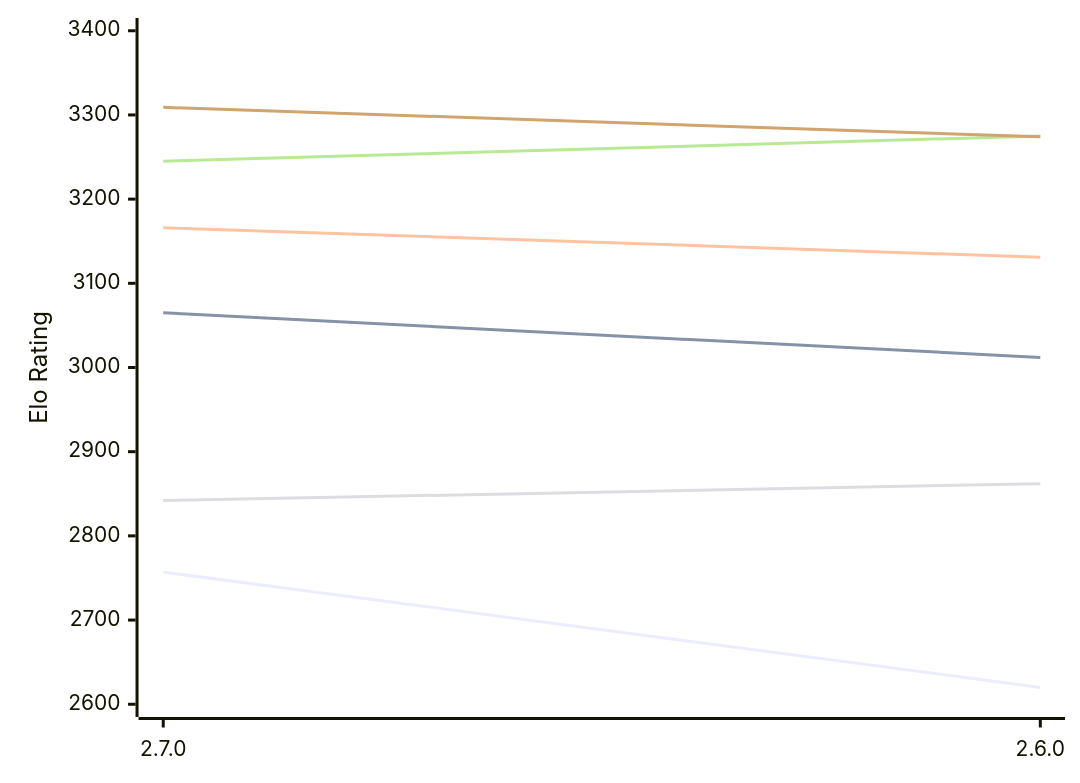
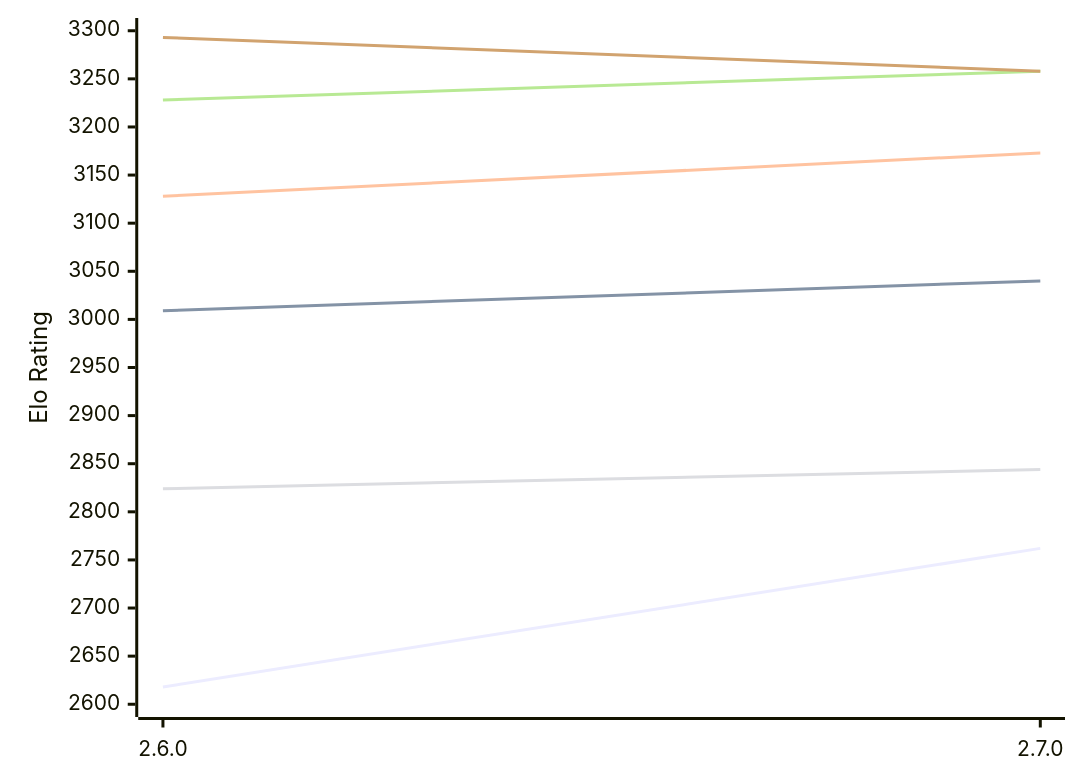
One commit to computer-chess-index/cci changed the first of 2 diagrams in engines/Sturddle2.md. Above: the diagram before and after it, drawn with Mermaid. The commit also changed other lines of this file, not shown here.

Commit message:
Update CCI Ratings (ELO VLTC) - 2026-10-11

````diff
--- a/engines/Sturddle2.md
+++ b/engines/Sturddle2.md
@@ -51,12 +51,12 @@
 ```mermaid
 %%{init: {"theme":"base","themeVariables":{"seriesColors:['#a3a3a3','#222221','#faa371']}}}%%
 xychart-beta
-  x-axis ["2.7.0", "2.6.0"]
-  y-axis "Elo Rating" 2600 --> 3400
-  line "E1: STC (8.0+0.08s)" [2757, 2620]
-  line "E1: LTC (60.0+0.60s)" [3065, 3012]
-  line "E1: VLTC (2m24s+1.12s)" [3166, 3131]
-  line "P1: STC (8.0+0.08s)" [2842, 2862]
-  line "P1: LTC (60.0+0.60s)" [3245, 3275]
-  line "P1: VLTC (2m24s+1.12s)" [3309, 3274]
+  x-axis ["2.6.0", "2.7.0"]
+  y-axis "Elo Rating" 2600 --> 3300
+  line "E1: STC (8.0+0.08s)" [2618, 2762]
+  line "E1: LTC (60.0+0.60s)" [3009, 3040]
+  line "E1: VLTC (2m24s+1.12s)" [3128, 3173]
+  line "P1: STC (8.0+0.08s)" [2824, 2844]
+  line "P1: LTC (60.0+0.60s)" [3228, 3258]
+  line "P1: VLTC (2m24s+1.12s)" [3293, 3258]
 ```
````
